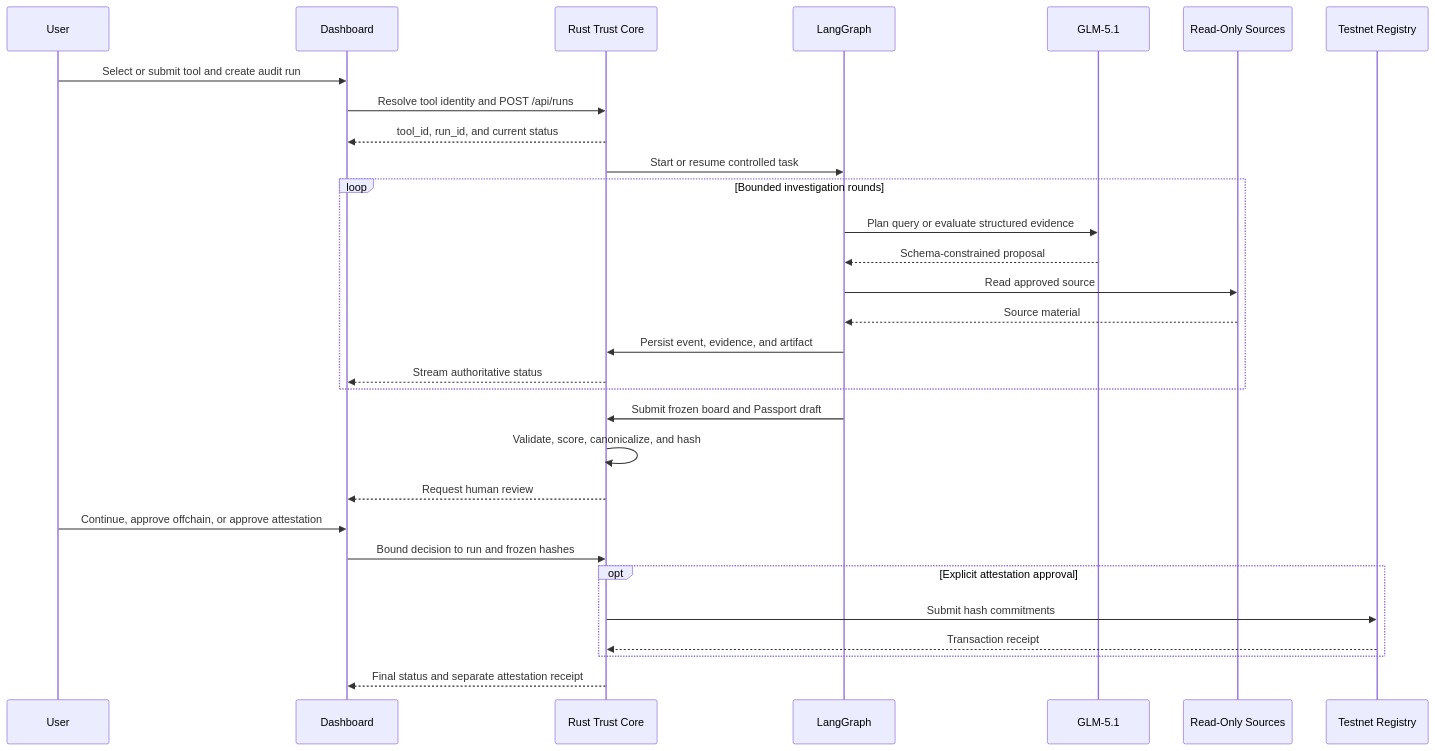
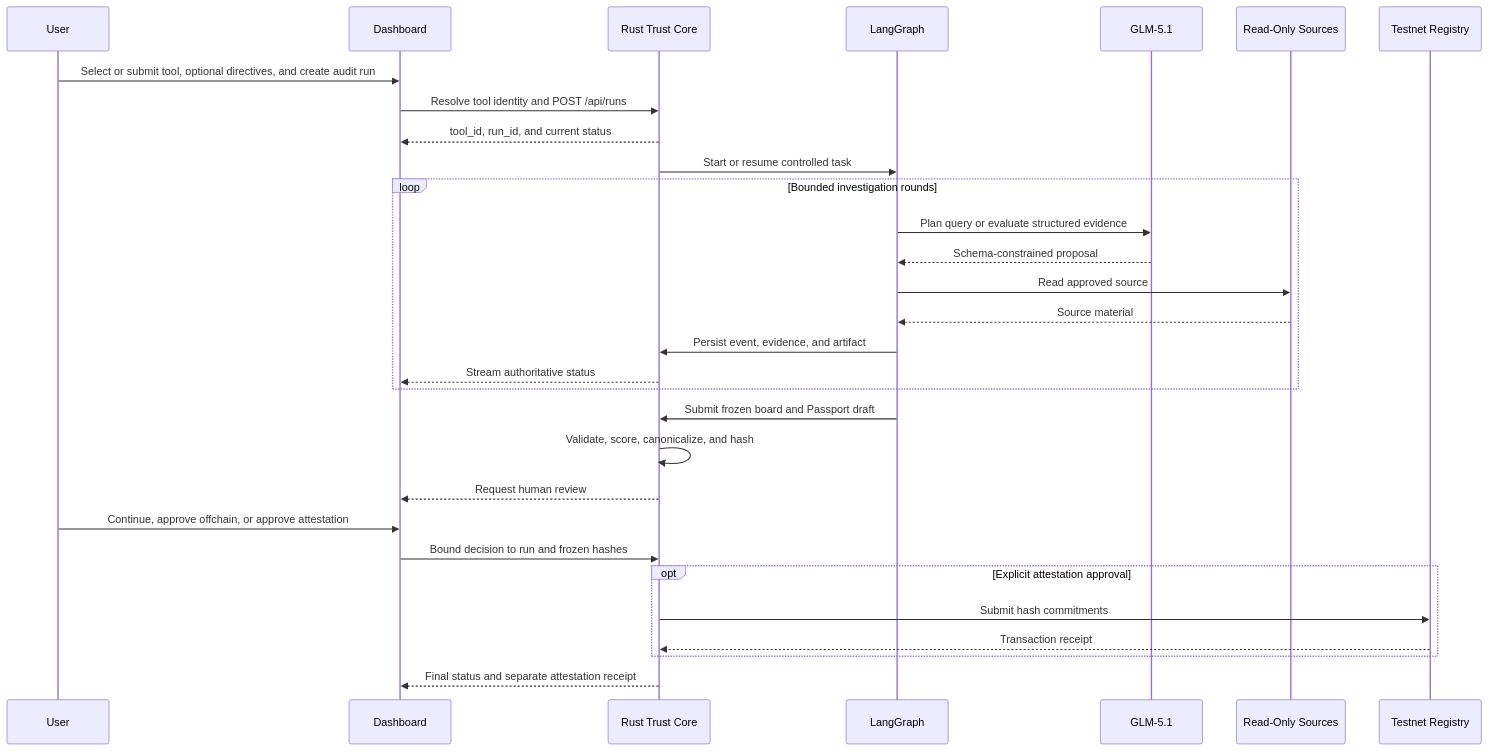
One commit to AlethOS/AlethOS-ToolPassport changed the first of 3 diagrams in docs/technical-design.md. Above: the diagram before and after it, drawn with Mermaid. The commit also changed other lines of this file and 1 other file, not shown here.

First line of the commit message:
feat(docs): add audit_directives concept for user-guided investigation direction

````diff
--- a/docs/technical-design.md
+++ b/docs/technical-design.md
@@ -72,33 +72,33 @@
 ```mermaid
 sequenceDiagram
     participant U as User
     participant D as Dashboard
     participant R as Rust Trust Core
     participant L as LangGraph
     participant M as GLM-5.1
     participant S as Read-Only Sources
     participant C as Testnet Registry
 
-    U->>D: Select or submit tool and create audit run
+    U->>D: Select or submit tool, optional directives, and create audit run
     D->>R: Resolve tool identity and POST /api/runs
     R-->>D: tool_id, run_id, and current status
     R->>L: Start or resume controlled task
     loop Bounded investigation rounds
         L->>M: Plan query or evaluate structured evidence
         M-->>L: Schema-constrained proposal
         L->>S: Read approved source
         S-->>L: Source material
         L->>R: Persist event, evidence, and artifact
         R-->>D: Stream authoritative status
     end
     L->>R: Submit frozen board and Passport draft
     R->>R: Validate, score, canonicalize, and hash
     R-->>D: Request human review
     U->>D: Continue, approve offchain, or approve attestation
     D->>R: Bound decision to run and frozen hashes
     opt Explicit attestation approval
         R->>C: Submit hash commitments
         C-->>R: Transaction receipt
     end
     R-->>D: Final status and separate attestation receipt
 ```
````
